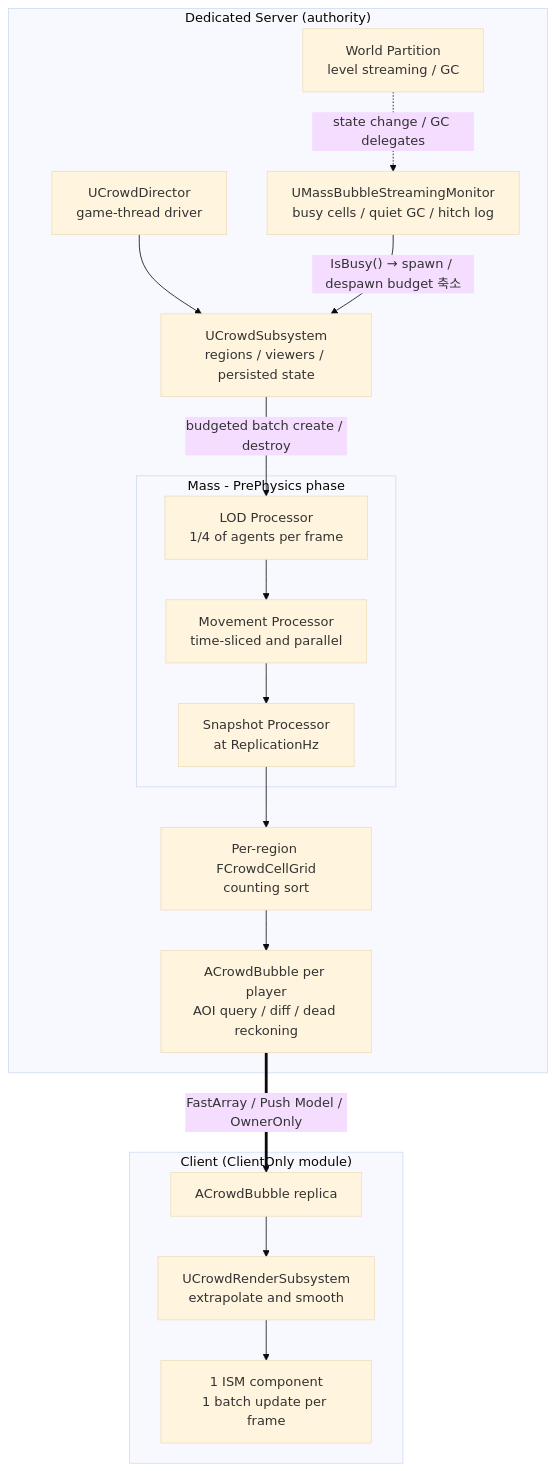
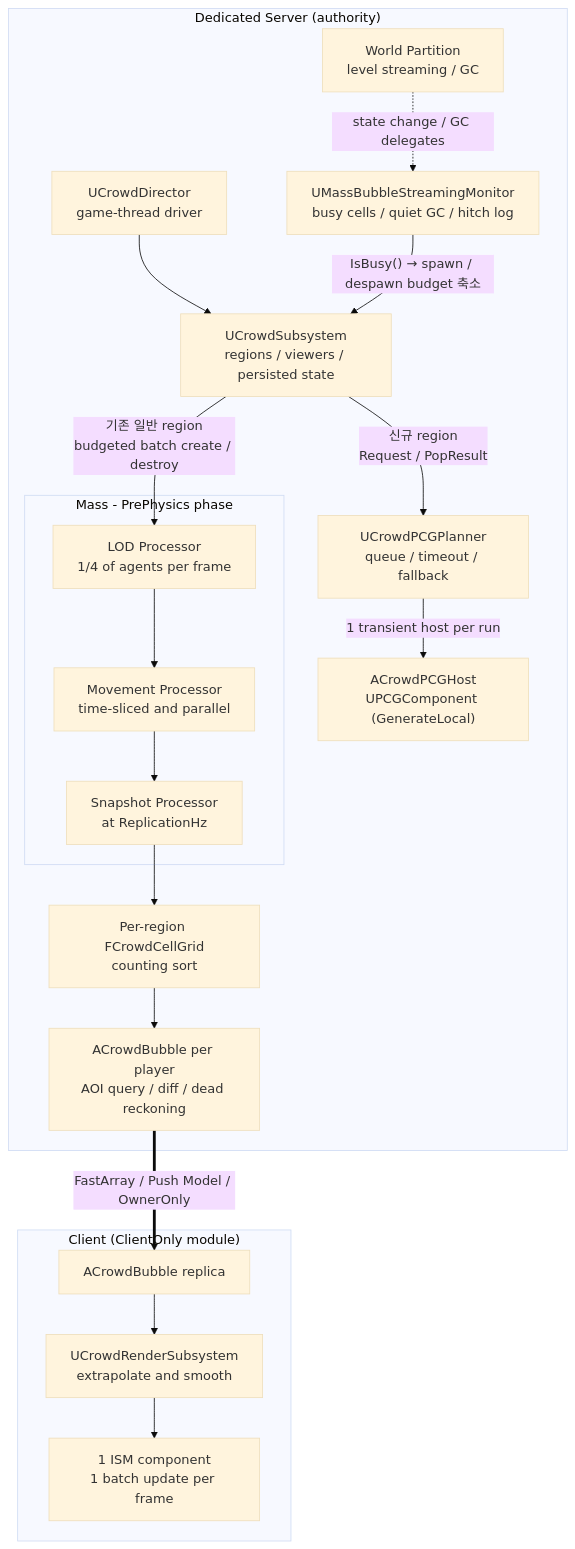
Before and after one commit to woodsshin/GameServer: the first of 4 diagrams in MassBubble/README.md, drawn with Mermaid (base theme). The commit also changed other lines of this file and 26 other files, not shown here.

````diff
--- a/MassBubble/README.md
+++ b/MassBubble/README.md
@@ -71,20 +72,22 @@
 ```mermaid
 flowchart TB
     subgraph SERVER["Dedicated Server (authority)"]
         DIR["UCrowdDirector<br/>game-thread driver"] --> SUB["UCrowdSubsystem<br/>regions / viewers / persisted state"]
         WPS["World Partition<br/>level streaming / GC"] -. "state change / GC delegates" .-> MON["UMassBubbleStreamingMonitor<br/>busy cells / quiet GC / hitch log"]
         MON -- "IsBusy() → spawn / despawn budget 축소" --> SUB
-        SUB -- "budgeted batch create / destroy" --> LOD
+        SUB -- "기존 일반 region<br/>budgeted batch create / destroy" --> LOD
+        SUB -- "신규 region<br/>Request / PopResult" --> PLN["UCrowdPCGPlanner<br/>queue / timeout / fallback"]
+        PLN -- "1 transient host per run" --> HOST["ACrowdPCGHost<br/>UPCGComponent (GenerateLocal)"]
         subgraph MASS["Mass - PrePhysics phase"]
             LOD["LOD Processor<br/>1/4 of agents per frame"] --> MOVE["Movement Processor<br/>time-sliced and parallel"]
             MOVE --> SNAP["Snapshot Processor<br/>at ReplicationHz"]
         end
         SNAP --> GRID["Per-region FCrowdCellGrid<br/>counting sort"]
         GRID --> BUB["ACrowdBubble per player<br/>AOI query / diff / dead reckoning"]
     end
     BUB == "FastArray / Push Model / OwnerOnly" ==> CBUB
     subgraph CLIENT["Client (ClientOnly module)"]
         CBUB["ACrowdBubble replica"] --> REND["UCrowdRenderSubsystem<br/>extrapolate and smooth"]
         REND --> ISM["1 ISM component<br/>1 batch update per frame"]
     end
 ```
````
